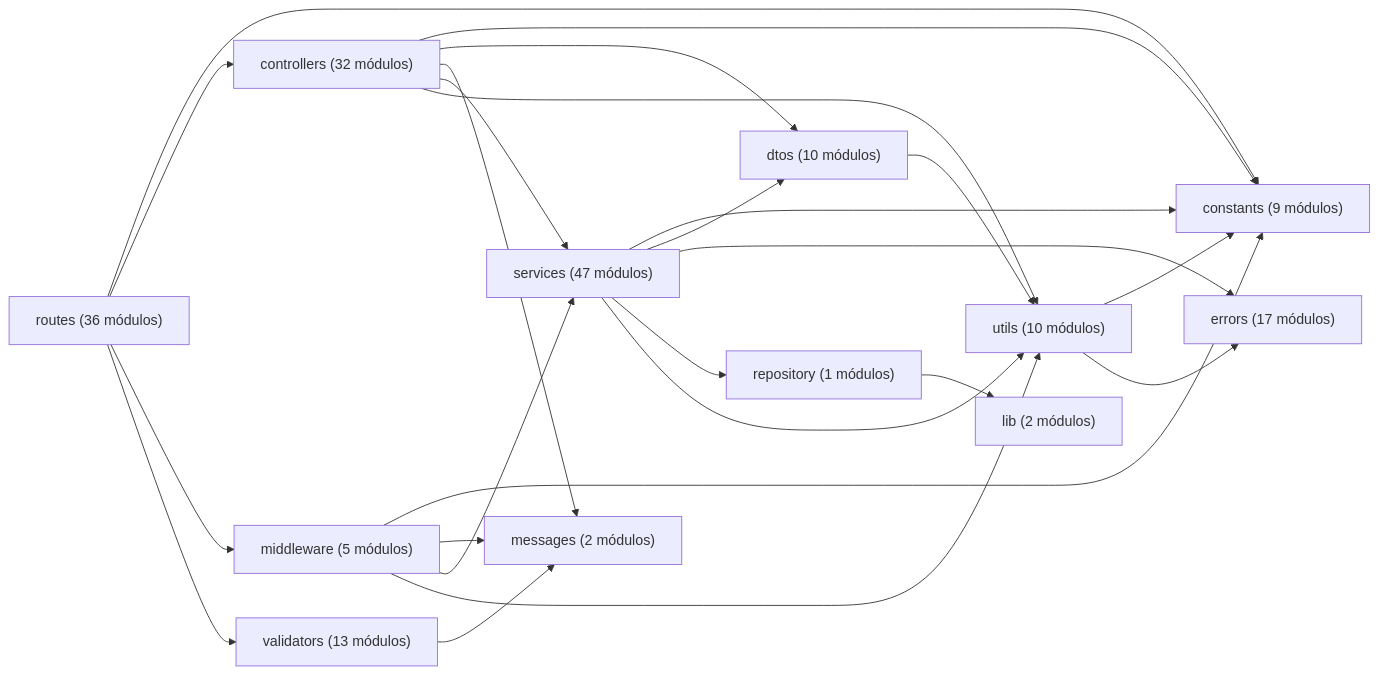
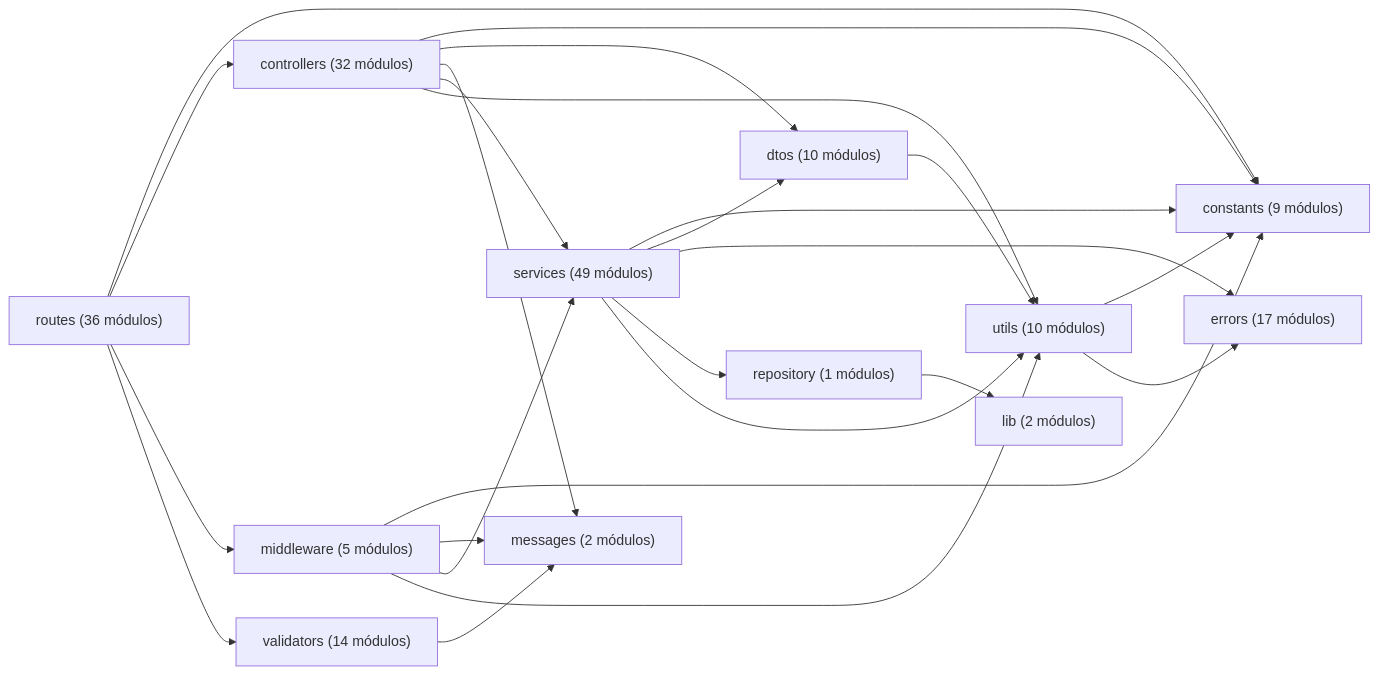
Before and after one commit to gpgsistemas01/nexus: the diagram in docs/generated/code-map.md, drawn with Mermaid. The commit also changed other lines of this file and 52 other files, not shown here.

````diff
--- a/docs/generated/code-map.md
+++ b/docs/generated/code-map.md
@@ -15,26 +15,26 @@
 ```mermaid
 flowchart LR
     controllers["controllers (32 módulos)"] --> constants["constants (9 módulos)"]
     controllers["controllers (32 módulos)"] --> dtos["dtos (10 módulos)"]
     controllers["controllers (32 módulos)"] --> messages["messages (2 módulos)"]
-    controllers["controllers (32 módulos)"] --> services["services (47 módulos)"]
+    controllers["controllers (32 módulos)"] --> services["services (49 módulos)"]
     controllers["controllers (32 módulos)"] --> utils["utils (10 módulos)"]
     dtos["dtos (10 módulos)"] --> utils["utils (10 módulos)"]
     middleware["middleware (5 módulos)"] --> constants["constants (9 módulos)"]
     middleware["middleware (5 módulos)"] --> messages["messages (2 módulos)"]
-    middleware["middleware (5 módulos)"] --> services["services (47 módulos)"]
+    middleware["middleware (5 módulos)"] --> services["services (49 módulos)"]
     middleware["middleware (5 módulos)"] --> utils["utils (10 módulos)"]
     repository["repository (1 módulos)"] --> lib["lib (2 módulos)"]
     routes["routes (36 módulos)"] --> constants["constants (9 módulos)"]
     routes["routes (36 módulos)"] --> controllers["controllers (32 módulos)"]
     routes["routes (36 módulos)"] --> middleware["middleware (5 módulos)"]
-    routes["routes (36 módulos)"] --> validators["validators (13 módulos)"]
-    services["services (47 módulos)"] --> constants["constants (9 módulos)"]
-    services["services (47 módulos)"] --> dtos["dtos (10 módulos)"]
-    services["services (47 módulos)"] --> errors["errors (17 módulos)"]
-    services["services (47 módulos)"] --> repository["repository (1 módulos)"]
-    services["services (47 módulos)"] --> utils["utils (10 módulos)"]
+    routes["routes (36 módulos)"] --> validators["validators (14 módulos)"]
+    services["services (49 módulos)"] --> constants["constants (9 módulos)"]
+    services["services (49 módulos)"] --> dtos["dtos (10 módulos)"]
+    services["services (49 módulos)"] --> errors["errors (17 módulos)"]
+    services["services (49 módulos)"] --> repository["repository (1 módulos)"]
+    services["services (49 módulos)"] --> utils["utils (10 módulos)"]
     utils["utils (10 módulos)"] --> constants["constants (9 módulos)"]
     utils["utils (10 módulos)"] --> errors["errors (17 módulos)"]
-    validators["validators (13 módulos)"] --> messages["messages (2 módulos)"]
+    validators["validators (14 módulos)"] --> messages["messages (2 módulos)"]
 ```
````
